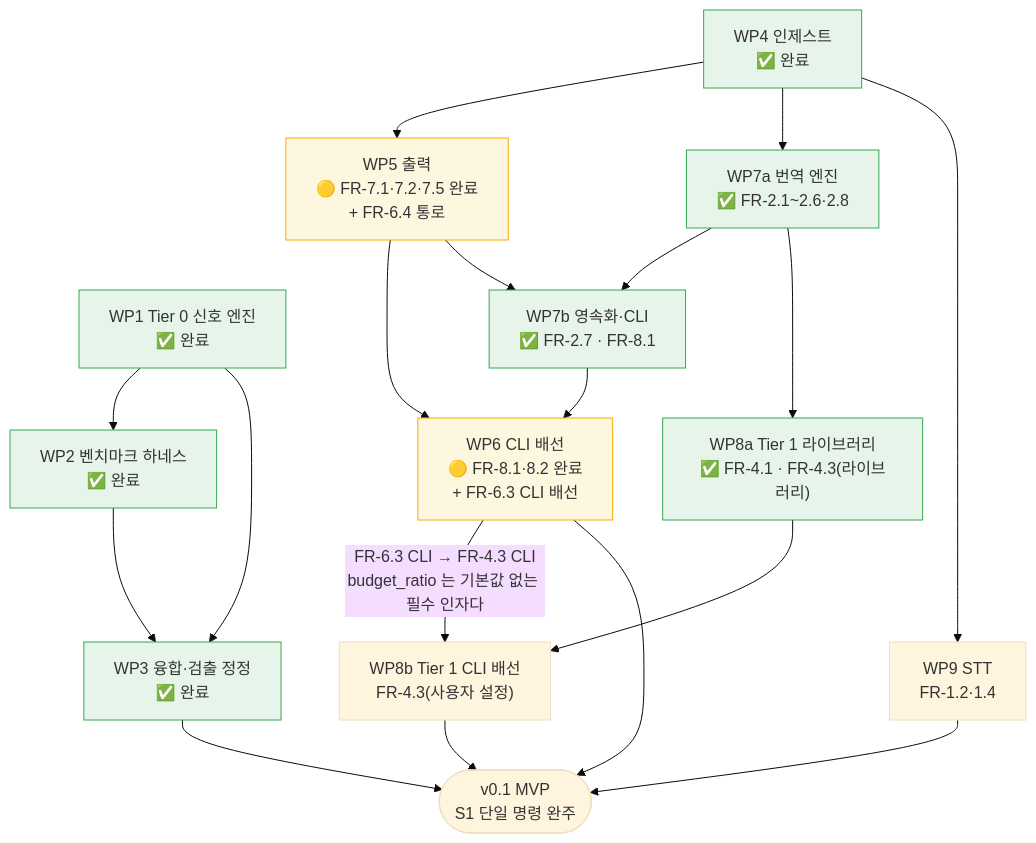
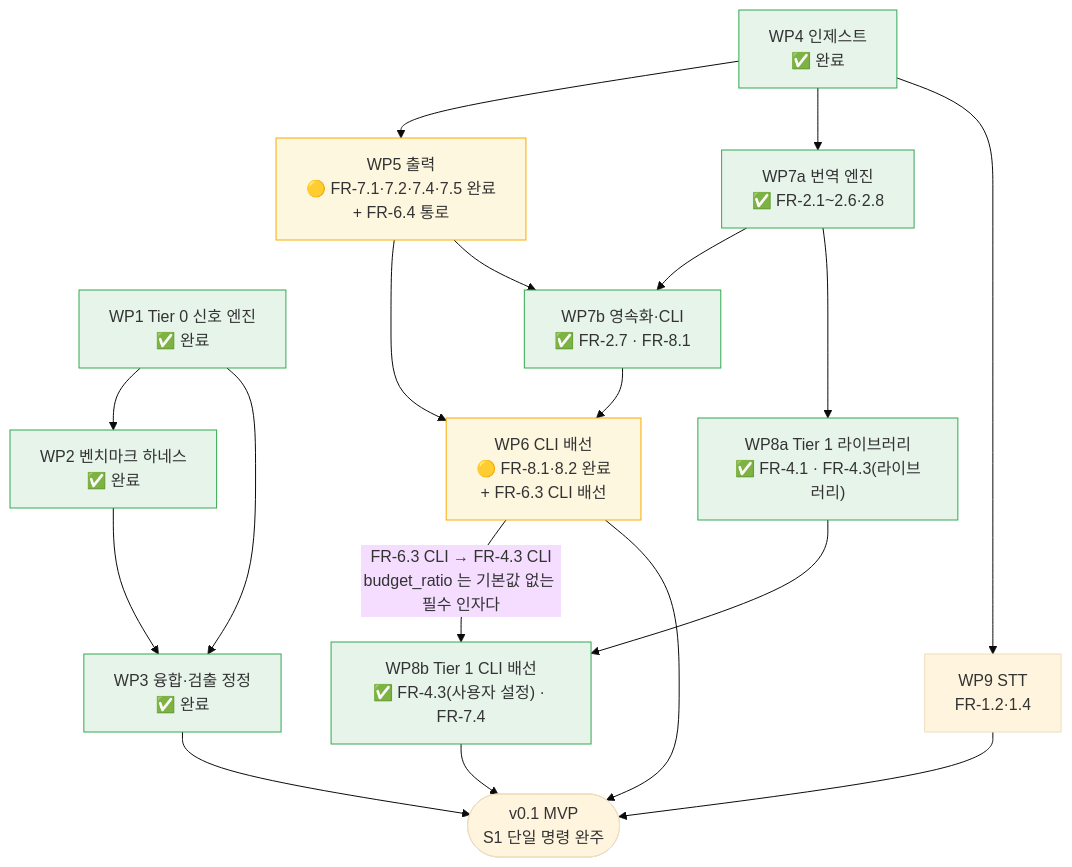
Before and after one commit to withwooyong/cuesift: the diagram in docs/WBS.md, drawn with Mermaid (base theme). The commit also changed other lines of this file and 5 other files, not shown here.

````diff
--- a/docs/WBS.md
+++ b/docs/WBS.md
@@ -163,43 +181,44 @@
 ```mermaid
 flowchart TD
     WP1["WP1 Tier 0 신호 엔진<br/>✅ 완료"]
     WP2["WP2 벤치마크 하네스<br/>✅ 완료"]
     WP3["WP3 융합·검출 정정<br/>✅ 완료"]
     WP4["WP4 인제스트<br/>✅ 완료"]
-    WP5["WP5 출력<br/>🟡 FR-7.1·7.2·7.5 완료<br/>+ FR-6.4 통로"]
+    WP5["WP5 출력<br/>🟡 FR-7.1·7.2·7.4·7.5 완료<br/>+ FR-6.4 통로"]
     WP6["WP6 CLI 배선<br/>🟡 FR-8.1·8.2 완료<br/>+ FR-6.3 CLI 배선"]
     WP7A["WP7a 번역 엔진<br/>✅ FR-2.1~2.6·2.8"]
     WP7B["WP7b 영속화·CLI<br/>✅ FR-2.7 · FR-8.1"]
     WP8A["WP8a Tier 1 라이브러리<br/>✅ FR-4.1 · FR-4.3(라이브러리)"]
-    WP8B["WP8b Tier 1 CLI 배선<br/>FR-4.3(사용자 설정)"]
+    WP8B["WP8b Tier 1 CLI 배선<br/>✅ FR-4.3(사용자 설정) · FR-7.4"]
     WP9["WP9 STT<br/>FR-1.2·1.4"]
     V01(["v0.1 MVP<br/>S1 단일 명령 완주"])
 
     WP1 --> WP2
     WP1 --> WP3
     WP2 --> WP3
     WP4 --> WP5
     WP4 --> WP7A
     WP4 --> WP9
     WP5 --> WP6
     WP7A --> WP7B
     WP7A --> WP8A
     WP8A --> WP8B
     WP5 --> WP7B
     WP7B --> WP6
     WP6 -->|"FR-6.3 CLI → FR-4.3 CLI<br/>budget_ratio 는 기본값 없는 필수 인자다"| WP8B
     WP8B --> V01
     WP9 --> V01
     WP6 --> V01
     WP3 --> V01
 
     style WP1 fill:#e6f4ea,stroke:#34a853
     style WP2 fill:#e6f4ea,stroke:#34a853
     style WP3 fill:#e6f4ea,stroke:#34a853
     style WP4 fill:#e6f4ea,stroke:#34a853
     style WP7A fill:#e6f4ea,stroke:#34a853
     style WP7B fill:#e6f4ea,stroke:#34a853
     style WP8A fill:#e6f4ea,stroke:#34a853
+    style WP8B fill:#e6f4ea,stroke:#34a853
     style WP5 fill:#fef7e0,stroke:#f9ab00
     style WP6 fill:#fef7e0,stroke:#f9ab00
 ```
````
